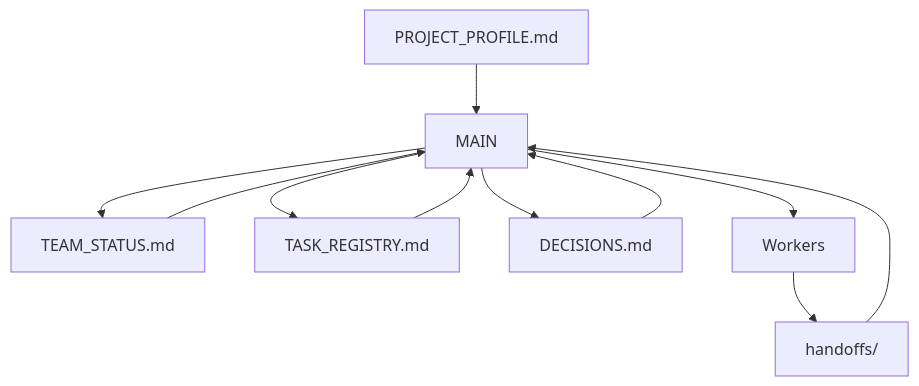
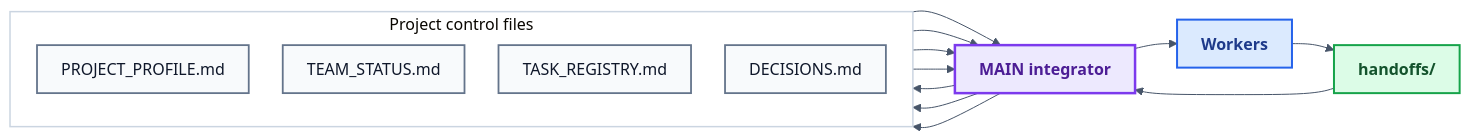
Before and after one commit to samindriano/codex-orchestra: the third of 3 diagrams in README.md, drawn with Mermaid. The commit also changed other lines of this file, not shown here.

Commit message:
docs: polish orchestra diagrams with styled Mermaid

````diff
--- a/README.md
+++ b/README.md
@@ -81,14 +136,37 @@
 ```mermaid
-flowchart TB
-    P[PROJECT_PROFILE.md] --> M[MAIN]
-    S[TEAM_STATUS.md] --> M
-    T[TASK_REGISTRY.md] --> M
-    D[DECISIONS.md] --> M
+%%{init: {"theme":"base","themeVariables":{"background":"#ffffff","primaryTextColor":"#0f172a","lineColor":"#475569","fontFamily":"Inter, ui-sans-serif, system-ui, sans-serif","fontSize":"16px"},"flowchart":{"curve":"basis","nodeSpacing":34,"rankSpacing":42,"padding":12}}}%%
+flowchart LR
+    subgraph CONFIG[Project control files]
+        direction TB
+        P[PROJECT_PROFILE.md]
+        S[TEAM_STATUS.md]
+        T[TASK_REGISTRY.md]
+        D[DECISIONS.md]
+    end
 
-    M --> W[Workers]
-    W --> H[handoffs/]
+    M[MAIN integrator]
+    W[Workers]
+    H[handoffs/]
+
+    P --> M
+    S --> M
+    T --> M
+    D --> M
+    M --> W
+    W --> H
     H --> M
     M --> S
     M --> T
     M --> D
+
+    classDef config fill:#f8fafc,stroke:#64748b,stroke-width:1.8px,color:#0f172a;
+    classDef main fill:#ede9fe,stroke:#7c3aed,stroke-width:2.5px,color:#4c1d95,font-weight:800;
+    classDef worker fill:#dbeafe,stroke:#2563eb,stroke-width:2px,color:#1e3a8a,font-weight:700;
+    classDef handoff fill:#dcfce7,stroke:#16a34a,stroke-width:2px,color:#14532d,font-weight:700;
+
+    class P,S,T,D config;
+    class M main;
+    class W worker;
+    class H handoff;
+    style CONFIG fill:#ffffff,stroke:#cbd5e1,stroke-width:1.5px
 ```
````
